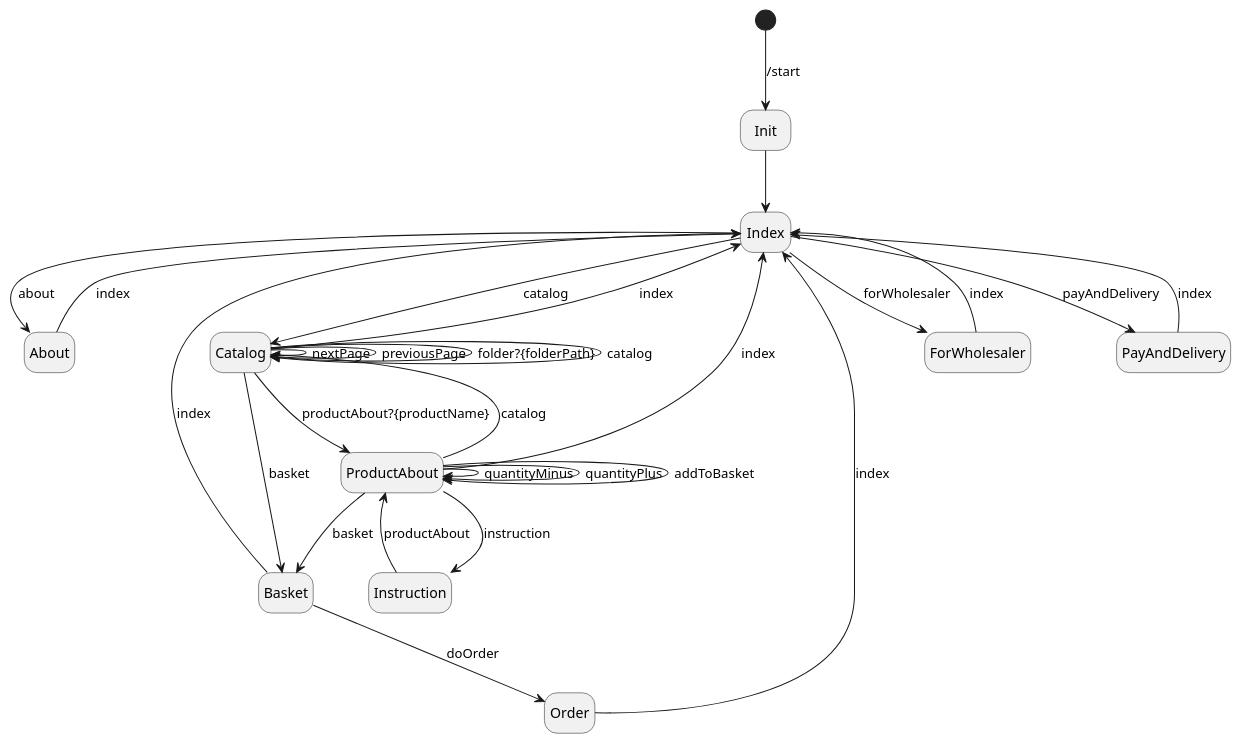
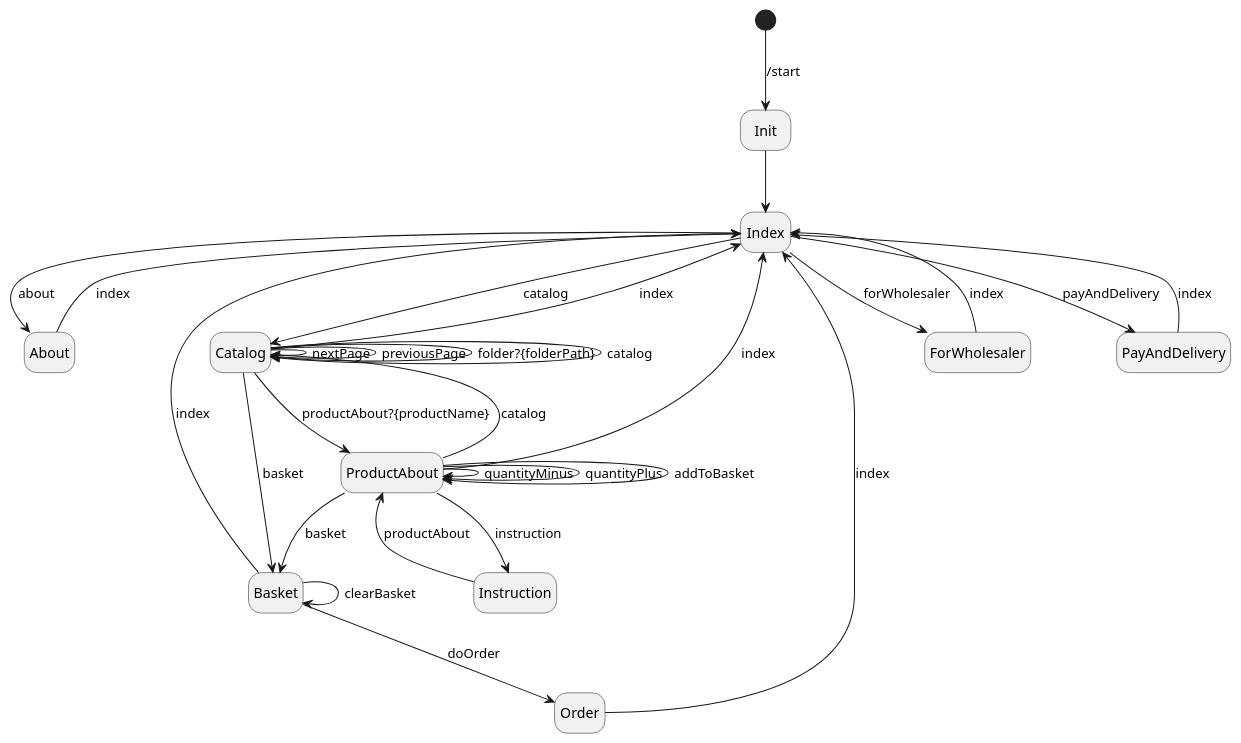
One commit to ViktorShchukin/shopbot changed the diagram in doc/botFsmDiagram.md. Above: the diagram before and after it, drawn with PlantUML. The commit also changed 7 other files, not shown here.

Commit message:
Add clear basket button to basket form.

````diff
--- a/doc/botFsmDiagram.md
+++ b/doc/botFsmDiagram.md
@@ -2,53 +2,54 @@
 ```plantuml
 hide empty description
 
 state entrypoint <<start>>
 
 state About
 state Basket
 state Catalog
 state Index
 state Init
 state Order
 state ProductAbout
 state ForWholesaler
 state PayAndDelivery
 state Instruction
     
 entrypoint --> Init : /start
 Init --> Index
 
 Index --> About : about
 Index --> Catalog : catalog
 Index --> ForWholesaler : forWholesaler
 Index --> PayAndDelivery : payAndDelivery
 
 ForWholesaler --> Index : index
 About --> Index : index
 PayAndDelivery --> Index : index
 
 Catalog --> Index : index
 Catalog --> ProductAbout : productAbout?{productName}
 Catalog --> Catalog : nextPage
 Catalog --> Catalog : previousPage
 '' get into the specific folder 
 Catalog --> Catalog : folder?{folderPath}
 '' go to the root of the catalog
 Catalog --> Catalog : catalog
 Catalog --> Basket : basket
 
 ProductAbout --> ProductAbout : quantityMinus
 ProductAbout --> ProductAbout : quantityPlus
 ProductAbout --> ProductAbout : addToBasket
 ProductAbout --> Basket : basket
 ProductAbout --> Index : index
 ProductAbout --> Catalog : catalog
 ProductAbout --> Instruction : instruction
 
 Instruction --> ProductAbout : productAbout
 
 Basket --> Index : index
 Basket --> Order : doOrder
+Basket --> Basket : clearBasket
 
 Order --> Index : index
 ```
````
